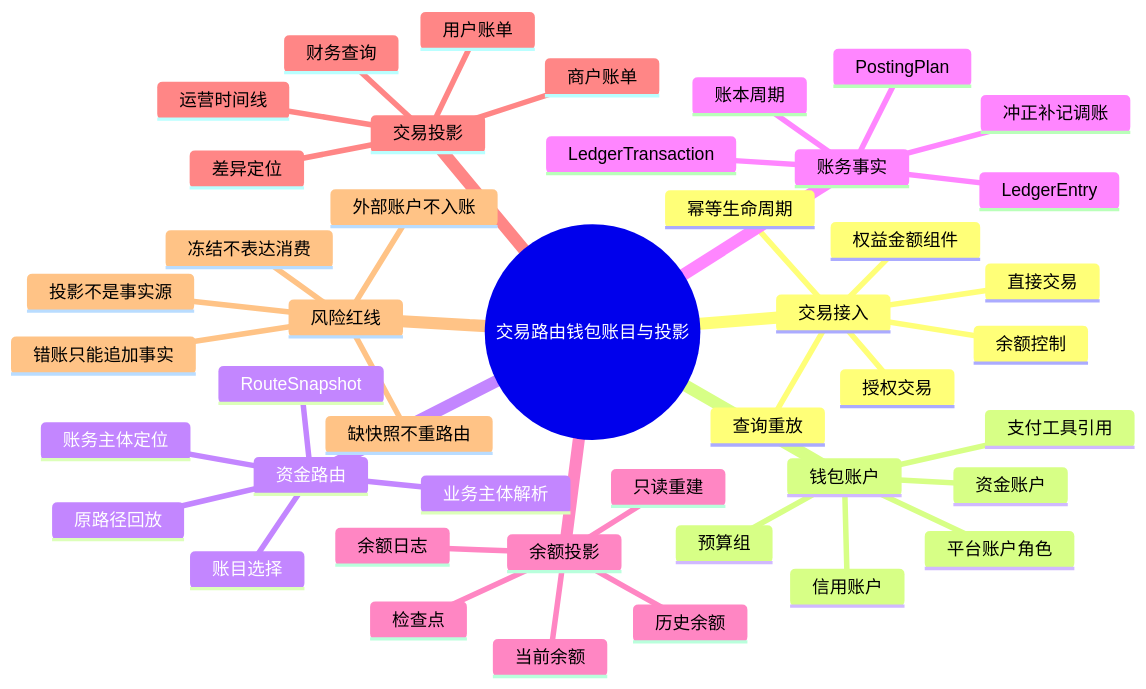
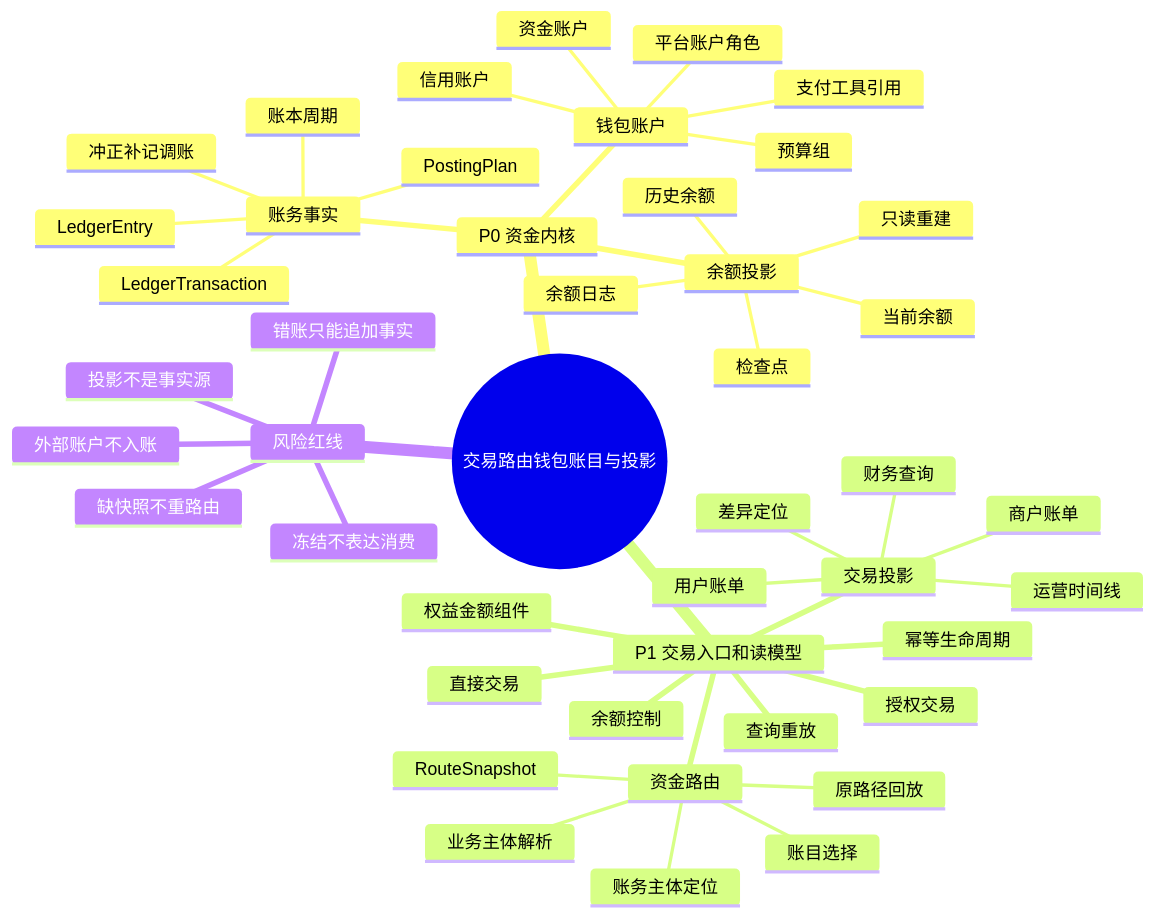
Before and after one commit to fengwuxp/wind-funds: the second of 22 diagrams in docs/产品设计/02-交易路由钱包账目与投影.md, drawn with Mermaid. The commit also changed other lines of this file and 30 other files, not shown here.

````diff
--- a/docs/产品设计/02-交易路由钱包账目与投影.md
+++ b/docs/产品设计/02-交易路由钱包账目与投影.md
@@ -59,47 +64,48 @@
 ```mermaid
 mindmap
   root((交易路由钱包账目与投影))
-    交易接入
+    P0 资金内核
+      钱包账户
+        资金账户
+        信用账户
+        预算组
+        平台账户角色
+        支付工具引用
+      账务事实
+        PostingPlan
+        LedgerTransaction
+        LedgerEntry
+        账本周期
+        冲正补记调账
+      余额投影
+        当前余额
+        历史余额
+        余额日志
+        检查点
+        只读重建
+    P1 交易入口和读模型
       直接交易
       授权交易
       余额控制
       权益金额组件
       幂等生命周期
       查询重放
-    钱包账户
-      资金账户
-      信用账户
-      预算组
-      平台账户角色
-      支付工具引用
-    资金路由
-      业务主体解析
-      账务主体定位
-      账目选择
-      RouteSnapshot
-      原路径回放
-    账务事实
-      PostingPlan
-      LedgerTransaction
-      LedgerEntry
-      账本周期
-      冲正补记调账
-    余额投影
-      当前余额
-      历史余额
-      余额日志
-      检查点
-      只读重建
-    交易投影
-      用户账单
-      商户账单
-      运营时间线
-      财务查询
-      差异定位
+      资金路由
+        业务主体解析
+        账务主体定位
+        账目选择
+        RouteSnapshot
+        原路径回放
+      交易投影
+        用户账单
+        商户账单
+        运营时间线
+        财务查询
+        差异定位
     风险红线
       外部账户不入账
       投影不是事实源
       冻结不表达消费
       缺快照不重路由
       错账只能追加事实
 ```
````
